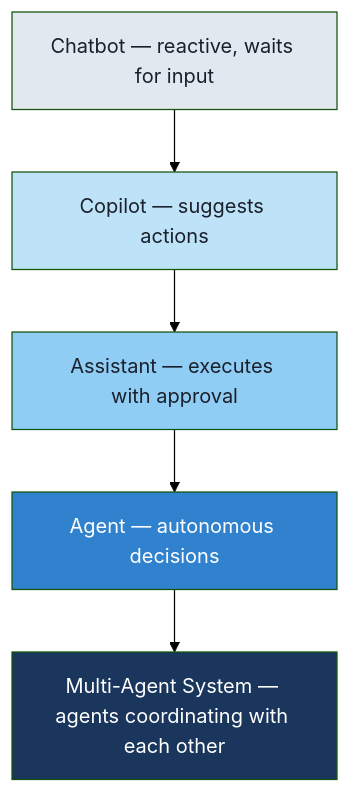
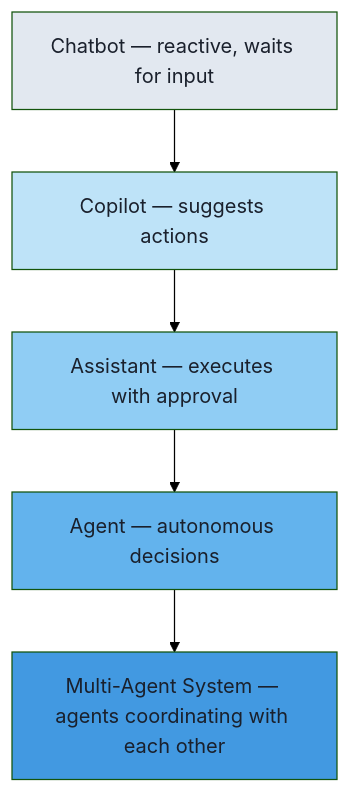
Before and after one commit to moltbot47/agentic-ai-course: the first of 5 diagrams in module-1-foundations/curriculum.md, drawn with Mermaid (forest theme). The commit also changed other lines of this file and 9 other files, not shown here.

First line of the commit message:
Fix all mermaid boxes to use light fills with dark text

````diff
--- a/module-1-foundations/curriculum.md
+++ b/module-1-foundations/curriculum.md
@@ -16,12 +16,12 @@
 ```mermaid
 flowchart TD
     A["Chatbot — reactive, waits for input"] --> B["Copilot — suggests actions"]
     B --> C["Assistant — executes with approval"]
     C --> D["Agent — autonomous decisions"]
     D --> E["Multi-Agent System — agents coordinating with each other"]
     style A fill:#e2e8f0,color:#1a202c
     style B fill:#bee3f8,color:#1a202c
     style C fill:#90cdf4,color:#1a202c
-    style D fill:#3182ce,color:#fff
-    style E fill:#1a365d,color:#fff
+    style D fill:#63b3ed,color:#1a202c
+    style E fill:#4299e1,color:#1a202c
 ```
````
